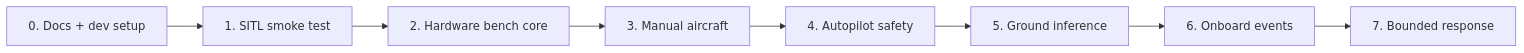
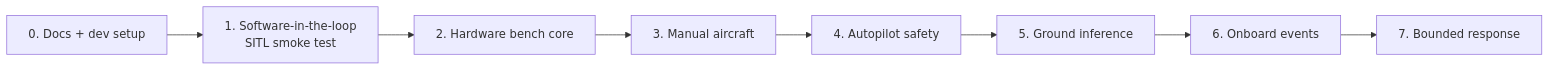
Before and after one commit to matze298/self-flying-drone: the diagram in docs/start/learning-path.md, drawn with Mermaid. The commit also changed other lines of this file and 18 other files, not shown here.

````diff
--- a/docs/start/learning-path.md
+++ b/docs/start/learning-path.md
@@ -5,10 +5,10 @@
 ```mermaid
 flowchart LR
-  L0[0. Docs + dev setup] --> L1[1. SITL smoke test]
+  L0[0. Docs + dev setup] --> L1[1. Software-in-the-loop<br/>SITL smoke test]
   L1 --> L2[2. Hardware bench core]
   L2 --> L3[3. Manual aircraft]
   L3 --> L4[4. Autopilot safety]
   L4 --> L5[5. Ground inference]
   L5 --> L6[6. Onboard events]
   L6 --> L7[7. Bounded response]
 ```
````
